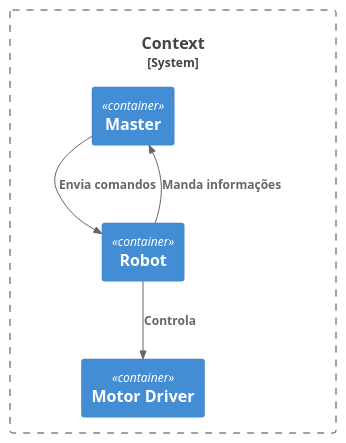
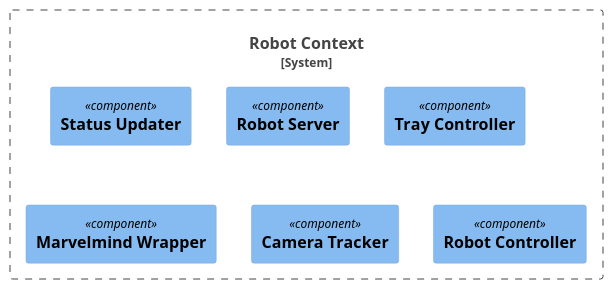
Before and after one commit to Populim/swarchitecure: the diagram in container.puml, drawn with PlantUML.

Commit message:
Added the container diagram

```diff
--- a/container.puml
+++ b/container.puml
@@ -1,20 +1,19 @@
 @startuml C4_Elements
-!include https://raw.githubusercontent.com/plantuml-stdlib/C4-PlantUML/master/C4_Container.puml
+!include https://raw.githubusercontent.com/plantuml-stdlib/C4-PlantUML/master/C4_Component.puml
 
-
-System_Boundary(context,"Context"){
+System_Boundary(robot_context,"Robot Context"){
     
-
-    Container(master1,"Master")
-    Container(robot1,"Robot")
-    Container(motordriver1,"Motor Driver")
-
-    Rel(master1,robot1,"Envia comandos")
-    Rel(robot1,master1,"Manda informações")
-    Rel(robot1,motordriver1,"Controla")
+    Component(statusUpdater,"Status Updater")
+    Component(robotServer,"Robot Server")
+    Component(trayController,"Tray Controller")
+    Component(marvelmindWrapper,"Marvelmind Wrapper")
+    Component(cameraTracker,"Camera Tracker")
+    Component(robotController,"Robot Controller")
+    
+    
 }
 
 
 
 
 @enduml
```
